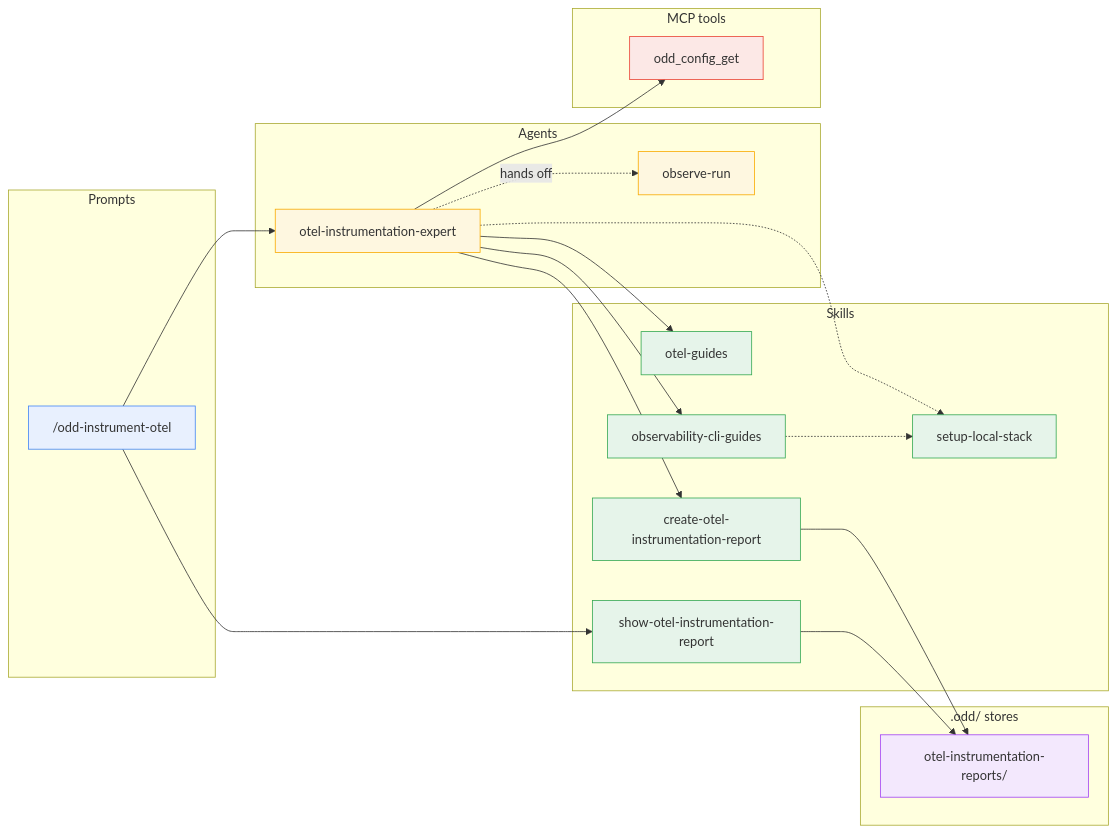
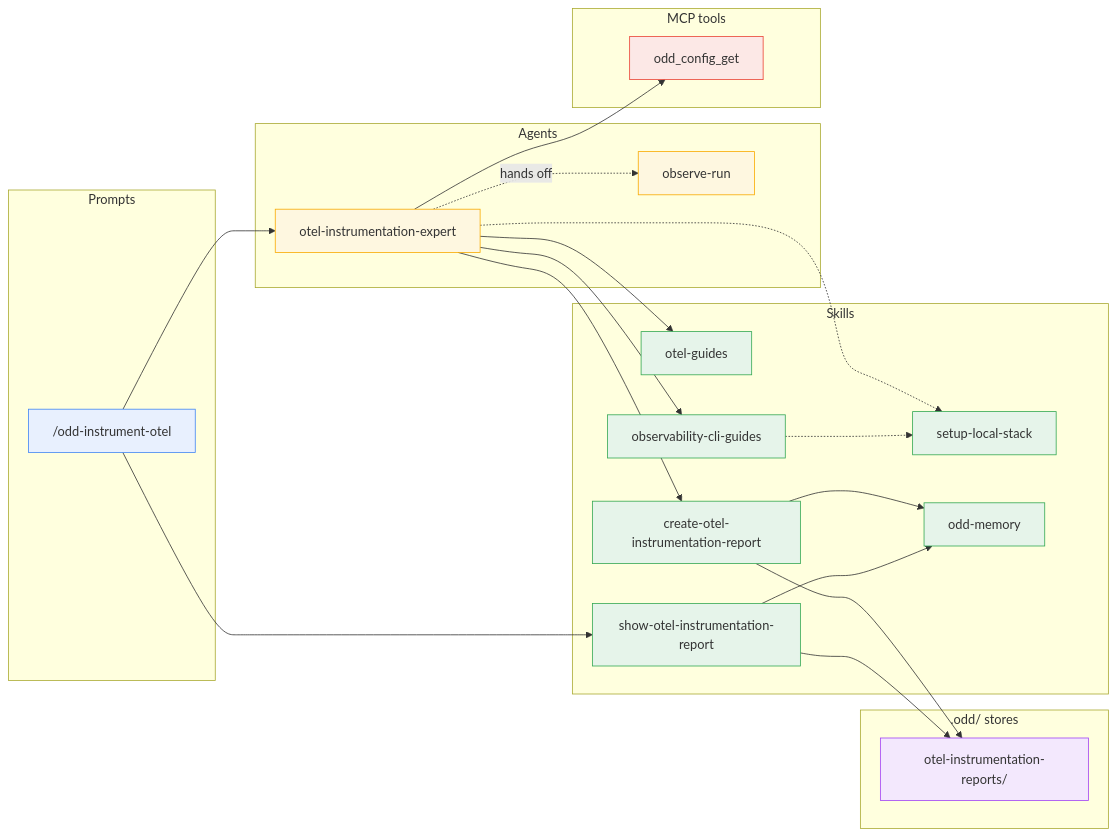
Before and after one commit to using-system/oddyssey: the first of 7 diagrams in docs/guide/dependencies.md, drawn with Mermaid. The commit also changed other lines of this file and 12 other files, not shown here.

Commit message:
feat(skill): odd-memory - one contract for the .odd/ memory, each create and show skill keeps only its specifics (#315)

````diff
--- a/docs/guide/dependencies.md
+++ b/docs/guide/dependencies.md
@@ -36,50 +36,54 @@
 ```mermaid
 flowchart LR
   subgraph Prompts
     instrument["/odd-instrument-otel"]
   end
 
   subgraph Agents
     expert[otel-instrumentation-expert]
     runner[observe-run]
   end
 
   subgraph Skills
     og[otel-guides]
     ocg[observability-cli-guides]
     sls[setup-local-stack]
     coir[create-otel-instrumentation-report]
     soir[show-otel-instrumentation-report]
+    mem[odd-memory]
   end
 
   subgraph MCP["MCP tools"]
     cfgget[odd_config_get]
   end
 
   subgraph Stores[".odd/ stores"]
     insdir[otel-instrumentation-reports/]
   end
 
   instrument --> expert
   instrument --> soir
   expert --> og
   expert --> ocg
   expert -.-> sls
   expert --> coir
   expert --> cfgget
   expert -. hands off .-> runner
   ocg -.-> sls
   coir --> insdir
   soir --> insdir
 
+  coir --> mem
+  soir --> mem
+
   classDef prompt fill:#e8f0fe,stroke:#4285f4
   classDef agent fill:#fef7e0,stroke:#f9ab00
   classDef skill fill:#e6f4ea,stroke:#34a853
   classDef mcp fill:#fce8e6,stroke:#ea4335
   classDef store fill:#f3e8fd,stroke:#a142f4
   class instrument prompt
   class expert,runner agent
-  class og,ocg,sls,coir,soir skill
+  class og,ocg,sls,coir,soir,mem skill
   class cfgget mcp
   class insdir store
 ```
````
